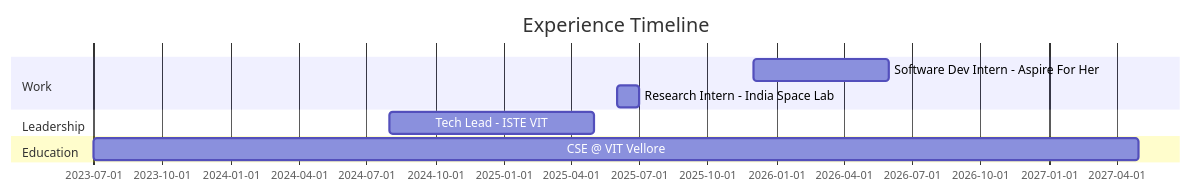
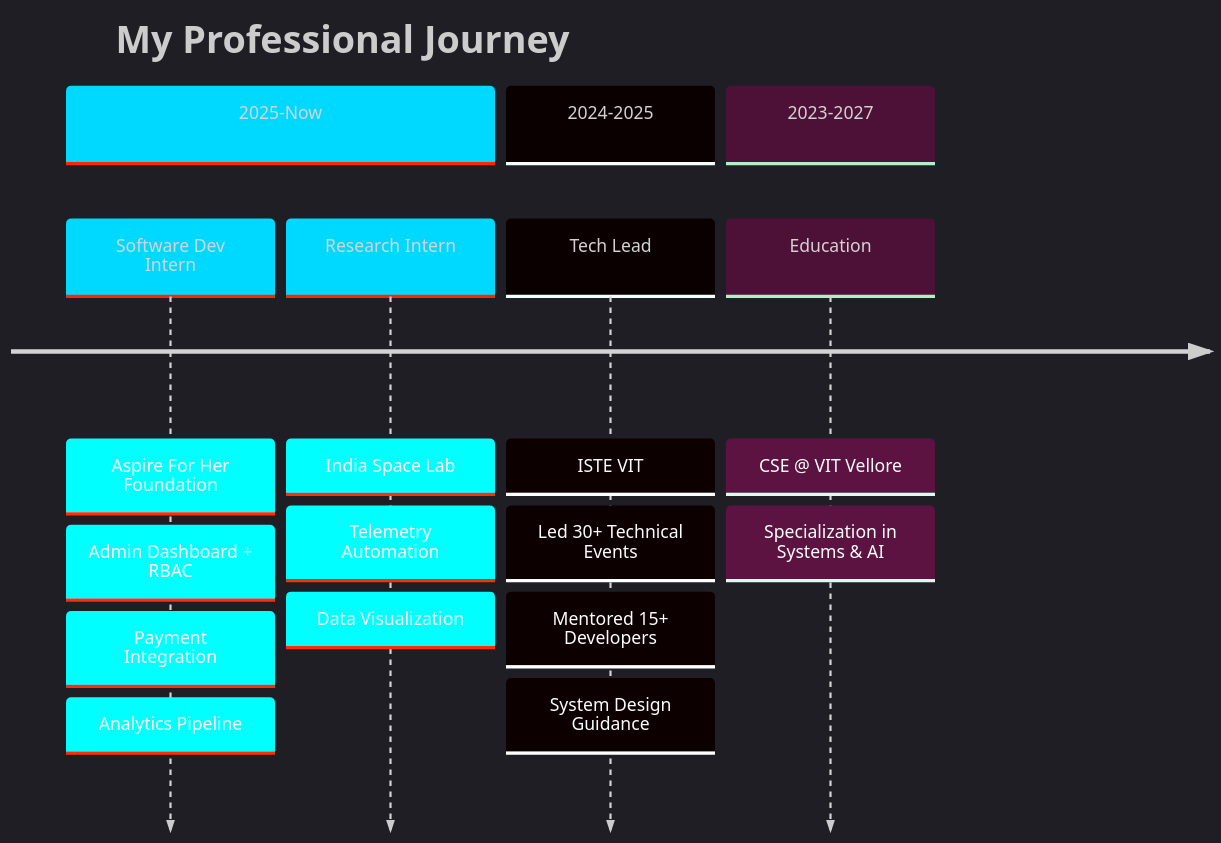
The diagram in README.md (omni-ar/omni-ar), drawn with Mermaid before and after one commit. The commit also changed other lines of this file, not shown here.

````diff
--- a/README.md
+++ b/README.md
@@ -276,12 +199,22 @@
 ```mermaid
-gantt
-    title Experience Timeline
-    dateFormat YYYY-MM
-    section Work
-    Software Dev Intern - Aspire For Her    :2025-12, 2026-06
-    Research Intern - India Space Lab        :2025-06, 2025-07
-    section Leadership
-    Tech Lead - ISTE VIT                     :2024-08, 2025-05
-    section Education
-    CSE @ VIT Vellore                        :2023-07, 2027-05
+%%{init: {'theme':'dark', 'themeVariables': { 'primaryColor':'#00D9FF','primaryTextColor':'#fff','primaryBorderColor':'#00D9FF','lineColor':'#00D9FF','secondaryColor':'#006400','tertiaryColor':'#1f1f1f'}}}%%
+
+timeline
+    title My Professional Journey
+    section 2025-Now
+        Software Dev Intern : Aspire For Her Foundation
+                            : Admin Dashboard + RBAC
+                            : Payment Integration
+                            : Analytics Pipeline
+        Research Intern : India Space Lab
+                        : Telemetry Automation
+                        : Data Visualization
+    section 2024-2025  
+        Tech Lead : ISTE VIT
+                  : Led 30+ Technical Events
+                  : Mentored 15+ Developers
+                  : System Design Guidance
+    section 2023-2027
+        Education : CSE @ VIT Vellore
+                  : Specialization in Systems & AI
 ```
````
